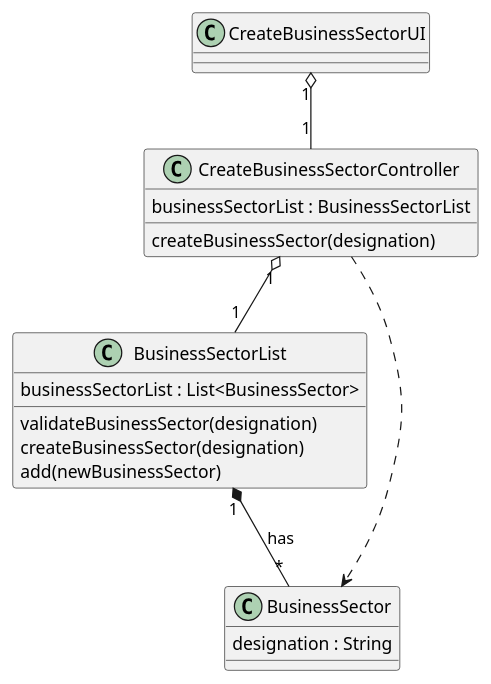
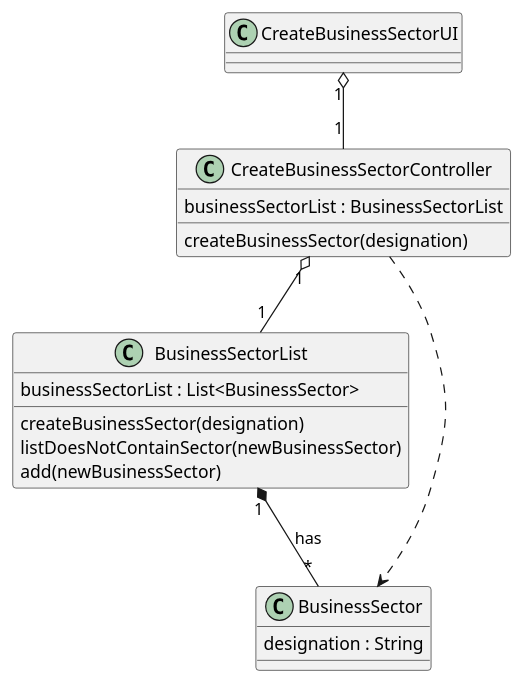
The diagram in docs/modelling_design/user_stories/us008/US008_AddBusinessSectorCD.puml (ivo-menezes/project_g3), drawn with PlantUML before and after one commit. The commit also changed 2 other files, not shown here.

```diff
--- a/docs/modelling_design/user_stories/us008/US008_AddBusinessSectorCD.puml
+++ b/docs/modelling_design/user_stories/us008/US008_AddBusinessSectorCD.puml
@@ -1,29 +1,29 @@
 @startuml
 'https://plantuml.com/class-diagram
 
 class CreateBusinessSectorUI{}
 
 
 class CreateBusinessSectorController{
 businessSectorList : BusinessSectorList
 createBusinessSector(designation)
 }
 
 
 class BusinessSectorList{
 businessSectorList : List<BusinessSector>
-validateBusinessSector(designation)
 createBusinessSector(designation)
+listDoesNotContainSector(newBusinessSector)
 add(newBusinessSector)
 }
 
 
 class BusinessSector{
 designation : String
 }
 
 BusinessSectorList "1" *-- "*" BusinessSector : has
 CreateBusinessSectorController "1" o-- "1" BusinessSectorList
 CreateBusinessSectorUI "1" o-- "1" CreateBusinessSectorController
 CreateBusinessSectorController ..> BusinessSector
 @enduml
```
